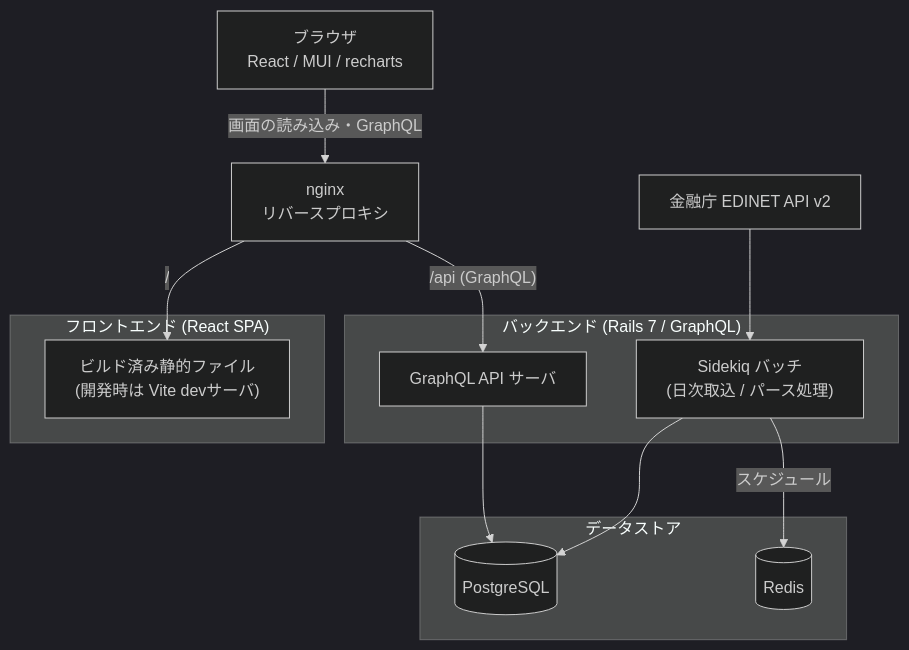
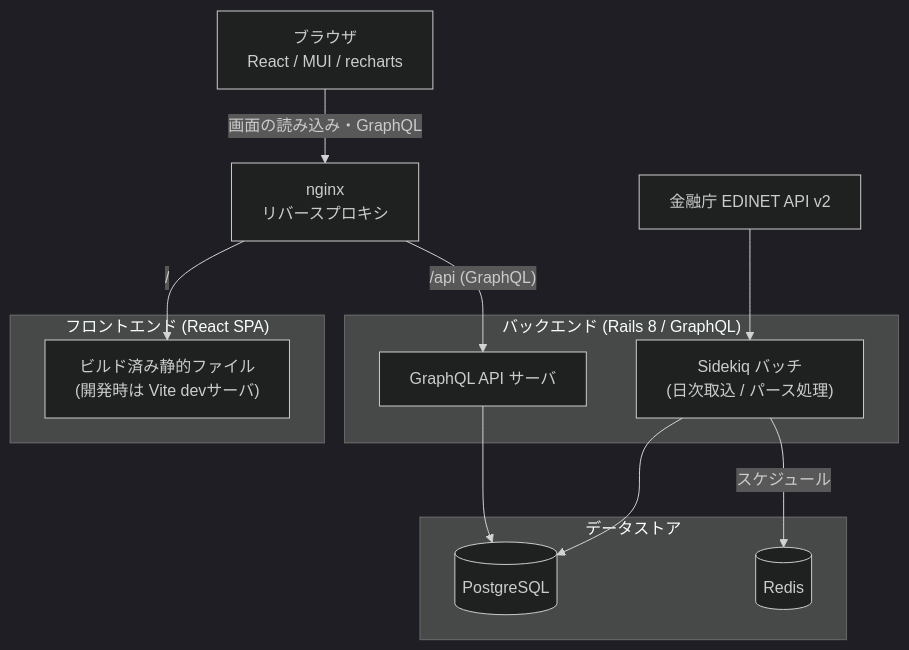
Before and after one commit to shin4488/financial-statement: the diagram in README.md, drawn with Mermaid (dark theme). The commit also changed other lines of this file and 4 other files, not shown here.

````diff
--- a/README.md
+++ b/README.md
@@ -19,25 +19,25 @@
 ```mermaid
 flowchart TD
     Browser["ブラウザ<br>React / MUI / recharts"] -->|"画面の読み込み・GraphQL"| Nginx["nginx<br>リバースプロキシ"]
 
     subgraph Frontend["フロントエンド (React SPA)"]
         Static["ビルド済み静的ファイル<br>(開発時は Vite devサーバ)"]
     end
 
-    subgraph Backend["バックエンド (Rails 7 / GraphQL)"]
+    subgraph Backend["バックエンド (Rails 8 / GraphQL)"]
         API["GraphQL API サーバ"]
         Batch["Sidekiq バッチ<br>(日次取込 / パース処理)"]
     end
 
     subgraph Storage["データストア"]
         PG[("PostgreSQL")]
         Redis[("Redis")]
     end
 
     EDINET["金融庁 EDINET API v2"] --> Batch
     Nginx -->|"/"| Static
     Nginx -->|"/api (GraphQL)"| API
     API --> PG
     Batch --> PG
     Batch -->|"スケジュール"| Redis
 ```
````
